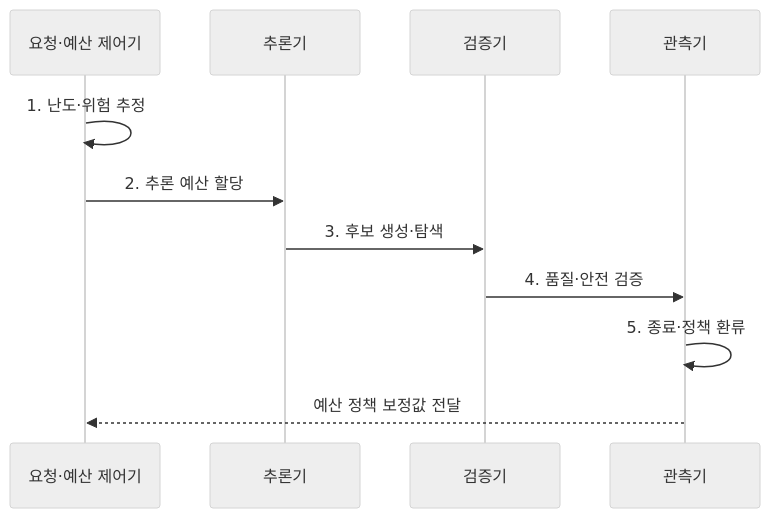
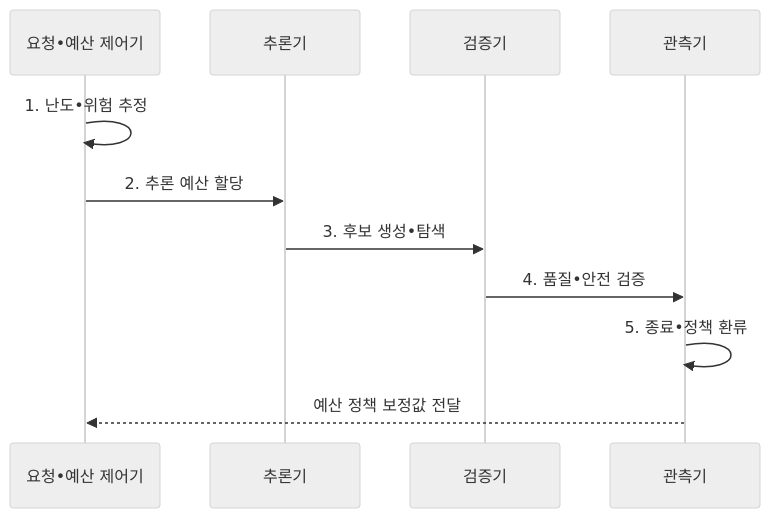
One commit to agnusdei1207/knowledge-base changed the second of 2 diagrams in src/content/docs/notes/08-latest-tech/040_test_time_compute.md. Above: the diagram before and after it, drawn with Mermaid (neutral theme). The commit also changed other lines of this file and 953 other files, not shown here.

````diff
--- a/src/content/docs/notes/08-latest-tech/040_test_time_compute.md
+++ b/src/content/docs/notes/08-latest-tech/040_test_time_compute.md
@@ -109,13 +109,13 @@
 ```mermaid
 sequenceDiagram
-  participant B as 요청·예산 제어기
+  participant B as 요청•예산 제어기
   participant I as 추론기
   participant V as 검증기
   participant O as 관측기
-  B->>B: 1. 난도·위험 추정
+  B->>B: 1. 난도•위험 추정
   B->>I: 2. 추론 예산 할당
-  I->>V: 3. 후보 생성·탐색
-  V->>O: 4. 품질·안전 검증
-  O->>O: 5. 종료·정책 환류
+  I->>V: 3. 후보 생성•탐색
+  V->>O: 4. 품질•안전 검증
+  O->>O: 5. 종료•정책 환류
   O-->>B: 예산 정책 보정값 전달
 ```
````
